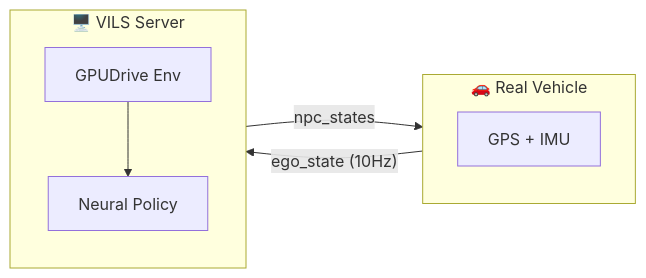
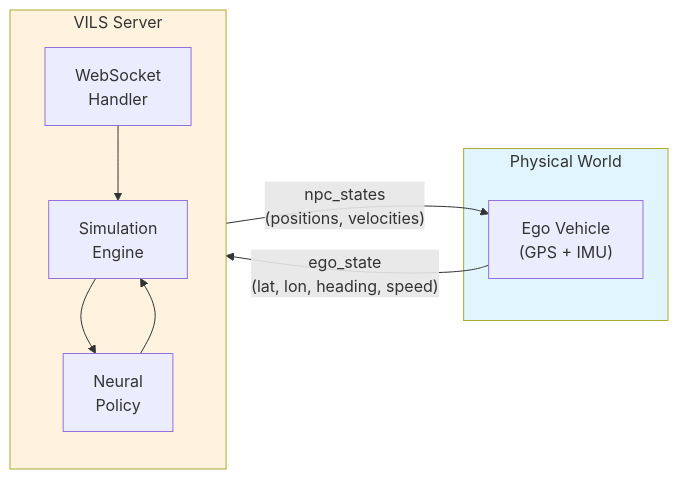
The first of 7 diagrams in notes/gpudrive-to-vils.md (OIEIyoon/ad-simulation-public), drawn with Mermaid before and after one commit. The commit also changed other lines of this file and 4 other files, not shown here.

Commit message:
Improve documentation with structured sections and diagrams

````diff
--- a/notes/gpudrive-to-vils.md
+++ b/notes/gpudrive-to-vils.md
@@ -32,15 +42,23 @@
 ```mermaid
 flowchart LR
-    subgraph Vehicle["🚗 Real Vehicle"]
-        GPS["GPS + IMU"]
+    subgraph RealWorld["Physical World"]
+        Vehicle["Ego Vehicle<br/>(GPS + IMU)"]
     end
 
-    subgraph Server["🖥️ VILS Server"]
-        GPUDrive["GPUDrive Env"]
-        Policy["Neural Policy"]
-        GPUDrive --> Policy
+    subgraph VILSServer["VILS Server"]
+        direction TB
+        WS["WebSocket<br/>Handler"]
+        Engine["Simulation<br/>Engine"]
+        Policy["Neural<br/>Policy"]
+
+        WS --> Engine
+        Engine --> Policy
+        Policy --> Engine
     end
 
-    Vehicle -->|"ego_state (10Hz)"| Server
-    Server -->|"npc_states"| Vehicle
+    Vehicle -->|"ego_state<br/>(lat, lon, heading, speed)"| WS
+    WS -->|"npc_states<br/>(positions, velocities)"| Vehicle
+
+    style RealWorld fill:#e1f5fe
+    style VILSServer fill:#fff3e0
 ```
````
